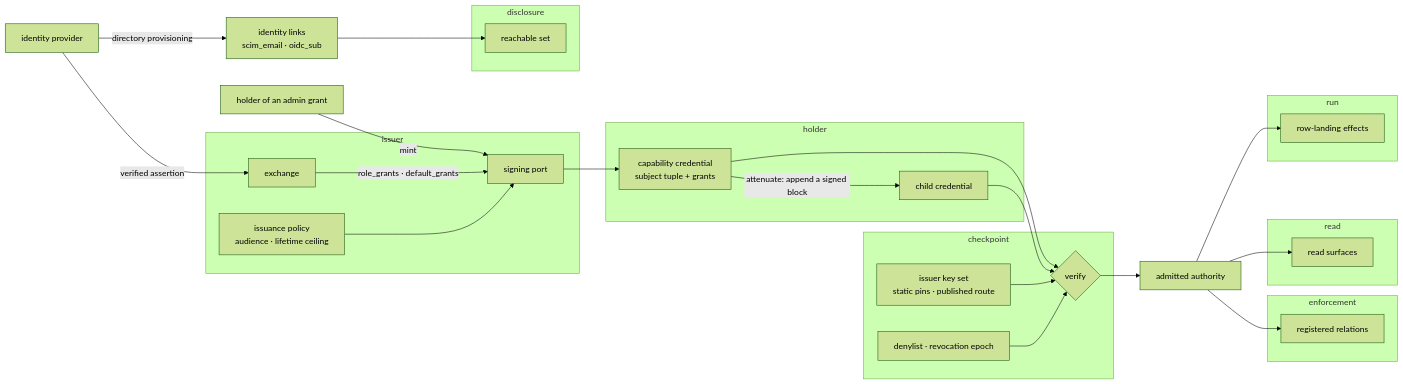
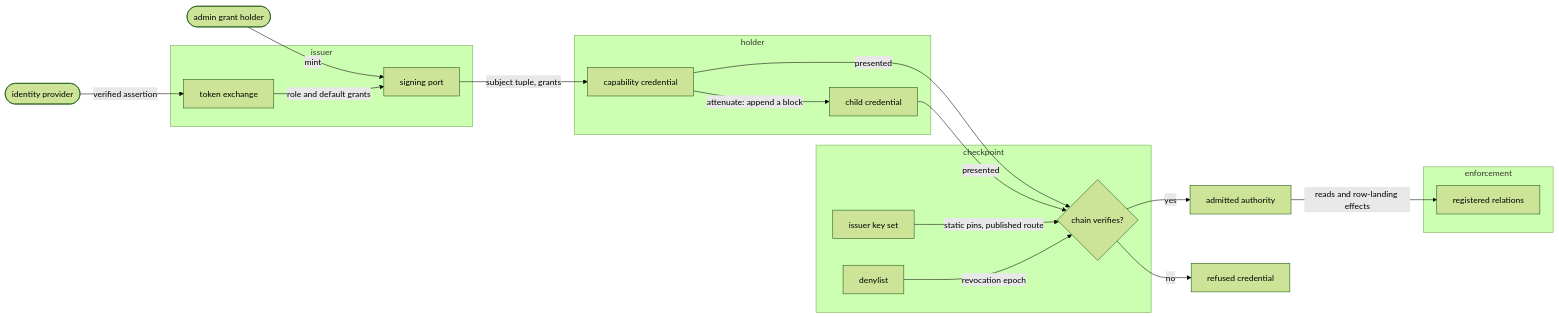
Before and after one commit to fractalboxdev/contextful: the first of 5 diagrams in spec/50-authority.md, drawn with Mermaid (forest theme). The commit also changed other lines of this file and 44 other files, not shown here.

First line of the commit message:
spec: diagrams draw entities and flows, and the checker enforces it (#12)

````diff
--- a/spec/50-authority.md
+++ b/spec/50-authority.md
@@ -23,49 +23,35 @@
 ```mermaid
 flowchart LR
-  IDP["identity provider"]
-  ADMIN["holder of an admin grant"]
-  LINK["identity links<br/>scim_email · oidc_sub"]
+  IDP(["identity provider"])
+  ADMIN(["admin grant holder"])
   subgraph ISS["issuer"]
-    EXCH["exchange"]
-    POL["issuance policy<br/>audience · lifetime ceiling"]
+    EXCH["token exchange"]
     PORT["signing port"]
   end
   subgraph HOLD["holder"]
-    CRED["capability credential<br/>subject tuple + grants"]
+    CRED["capability credential"]
     CHILD["child credential"]
   end
   subgraph CPZ["checkpoint"]
-    KEYS["issuer key set<br/>static pins · published route"]
-    REV["denylist · revocation epoch"]
-    CP{"verify"}
+    KEYS["issuer key set"]
+    REV["denylist"]
+    CP{"chain verifies?"}
   end
   AA["admitted authority"]
+  NO["refused credential"]
   subgraph ENF["enforcement"]
     RELS["registered relations"]
   end
-  subgraph READ["read"]
-    RS["read surfaces"]
-  end
-  subgraph RUN["run"]
-    RLE["row-landing effects"]
-  end
-  subgraph DISC["disclosure"]
-    REACH["reachable set"]
-  end
   IDP -- "verified assertion" --> EXCH
-  IDP -- "directory provisioning" --> LINK
-  LINK --> REACH
   ADMIN -- "mint" --> PORT
-  EXCH -- "role_grants · default_grants" --> PORT
-  POL --> PORT
-  PORT --> CRED
-  CRED -- "attenuate: append a signed block" --> CHILD
-  CRED --> CP
-  CHILD --> CP
-  KEYS --> CP
-  REV --> CP
-  CP --> AA
-  AA --> RELS
-  AA --> RS
-  AA --> RLE
+  EXCH -- "role and default grants" --> PORT
+  PORT -- "subject tuple, grants" --> CRED
+  CRED -- "attenuate: append a block" --> CHILD
+  CRED -- "presented" --> CP
+  CHILD -- "presented" --> CP
+  KEYS -- "static pins, published route" --> CP
+  REV -- "revocation epoch" --> CP
+  CP -- "yes" --> AA
+  CP -- "no" --> NO
+  AA -- "reads and row-landing effects" --> RELS
 ```
````
